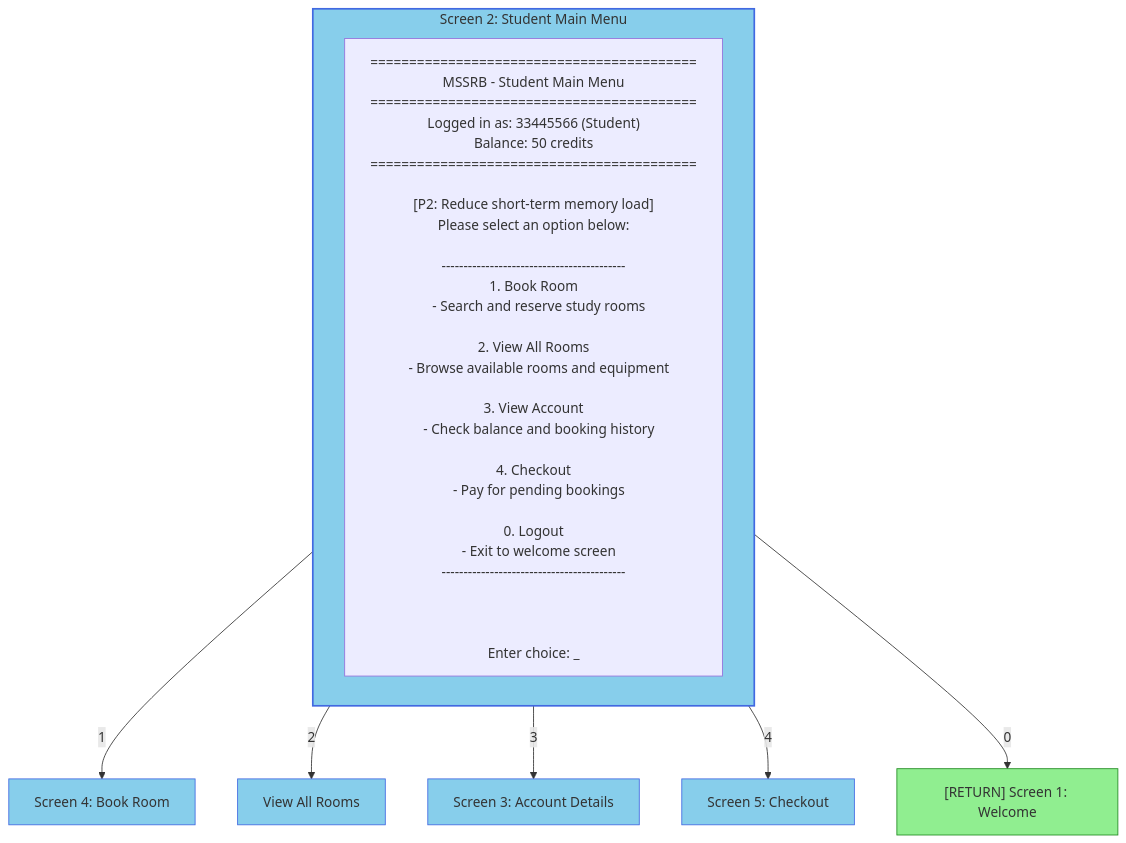
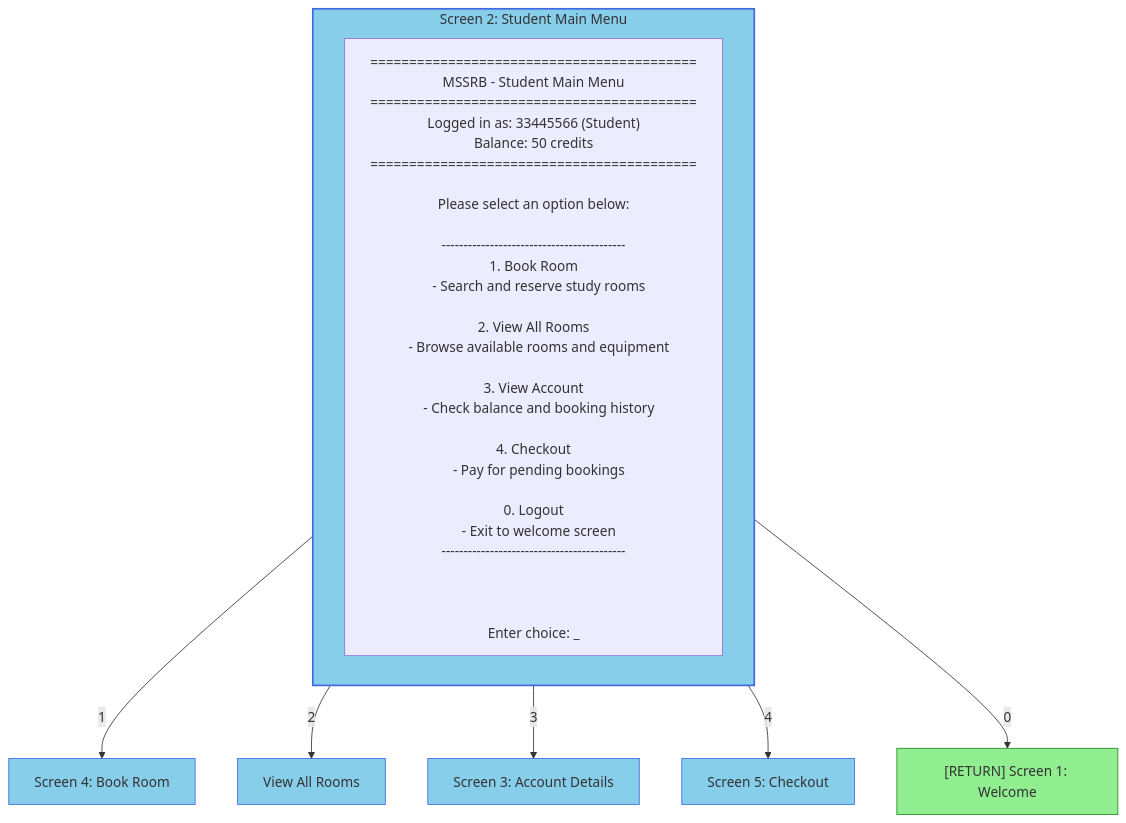
One commit to alii0110-monash/fit5136-study-room-booking changed the diagram in mermaid/member_c/02_student_menu.flowchart.mmd. Above: the diagram before and after it, drawn with Mermaid. The commit also changed 12 other files, not shown here.

```diff
--- a/mermaid/member_c/02_student_menu.flowchart.mmd
+++ b/mermaid/member_c/02_student_menu.flowchart.mmd
@@ -1,47 +1,46 @@
 flowchart TB
     subgraph STUDENT_MENU["Screen 2: Student Main Menu"]
         SM1["
 ==========================================
 MSSRB - Student Main Menu
 ==========================================
 Logged in as: 33445566 (Student)
 Balance: 50 credits
 ==========================================
 
-[P2: Reduce short-term memory load]
 Please select an option below:
 
 ------------------------------------------
 1. Book Room
    - Search and reserve study rooms
 
 2. View All Rooms
    - Browse available rooms and equipment
 
 3. View Account
    - Check balance and booking history
 
 4. Checkout
    - Pay for pending bookings
 
 0. Logout
    - Exit to welcome screen
 ------------------------------------------
 
 
 
 Enter choice: _        "]
     end
 
     STUDENT_MENU -->|"1"| BOOK["Screen 4: Book Room"]
     STUDENT_MENU -->|"2"| VIEW_ROOMS["View All Rooms"]
     STUDENT_MENU -->|"3"| ACCOUNT["Screen 3: Account Details"]
     STUDENT_MENU -->|"4"| CHECKOUT["Screen 5: Checkout"]
     STUDENT_MENU -->|"0"| WELCOME["[RETURN] Screen 1: Welcome"]
 
     style STUDENT_MENU fill:#87CEEB,stroke:#4169E1,stroke-width:2px
     style BOOK fill:#87CEEB,stroke:#4169E1
     style ACCOUNT fill:#87CEEB,stroke:#4169E1
     style CHECKOUT fill:#87CEEB,stroke:#4169E1
     style VIEW_ROOMS fill:#87CEEB,stroke:#4169E1
     style WELCOME fill:#90EE90,stroke:#228B22
```
